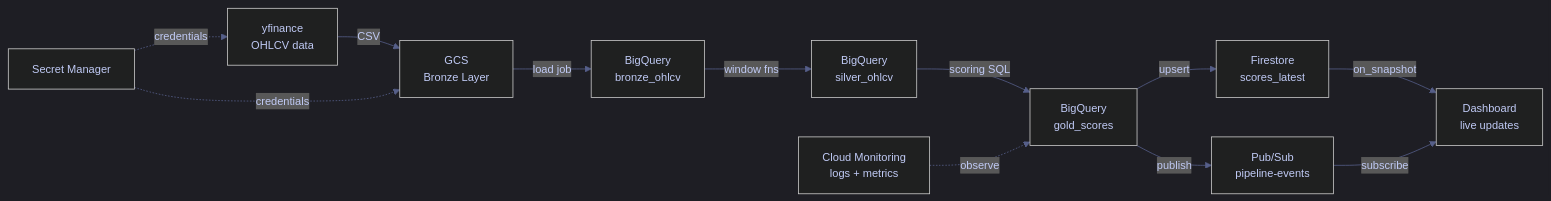
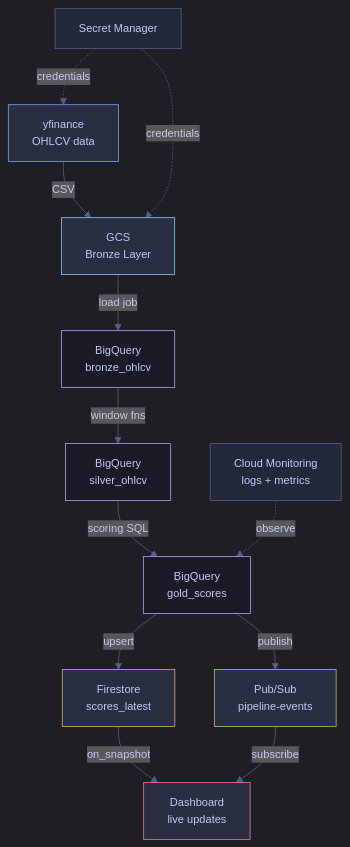
One commit to alp78/elysium changed the diagram in content/02-Programming-Languages/CSharp/17_cs_gcp.md. Above: the diagram before and after it, drawn with Mermaid. The commit also changed 92 other files, not shown here.

````diff
--- a/content/02-Programming-Languages/CSharp/17_cs_gcp.md
+++ b/content/02-Programming-Languages/CSharp/17_cs_gcp.md
@@ -24,26 +24,37 @@
 ```mermaid
 %%{init: {'theme': 'dark', 'themeVariables': {
   'primaryColor': '#292e42',
   'primaryTextColor': '#c0caf5',
   'primaryBorderColor': '#565f89',
   'lineColor': '#565f89',
   'secondaryColor': '#1a1b26',
   'tertiaryColor': '#24283b',
   'noteTextColor': '#c0caf5',
   'noteBkgColor': '#292e42',
   'textColor': '#c0caf5',
   'fontSize': '14px'
 }}}%%
-flowchart LR
-    SRC[yfinance\nOHLCV data] -->|CSV| GCS[GCS\nBronze Layer]
-    GCS -->|load job| BQ_B[BigQuery\nbronze_ohlcv]
-    BQ_B -->|window fns| BQ_S[BigQuery\nsilver_ohlcv]
-    BQ_S -->|scoring SQL| BQ_G[BigQuery\ngold_scores]
-    BQ_G -->|upsert| FS[Firestore\nscores_latest]
-    BQ_G -->|publish| PS[Pub/Sub\npipeline-events]
-    FS -->|on_snapshot| DASH[Dashboard\nlive updates]
+flowchart TD
+    SRC["yfinance<br/>OHLCV data"] -->|CSV| GCS["GCS<br/>Bronze Layer"]
+    GCS -->|load job| BQ_B["BigQuery<br/>bronze_ohlcv"]
+    BQ_B -->|window fns| BQ_S["BigQuery<br/>silver_ohlcv"]
+    BQ_S -->|scoring SQL| BQ_G["BigQuery<br/>gold_scores"]
+    BQ_G -->|upsert| FS["Firestore<br/>scores_latest"]
+    BQ_G -->|publish| PS["Pub/Sub<br/>pipeline-events"]
+    FS -->|on_snapshot| DASH["Dashboard<br/>live updates"]
     PS -->|subscribe| DASH
-    SM[Secret Manager] -.->|credentials| SRC
+    SM["Secret Manager"] -.->|credentials| SRC
     SM -.->|credentials| GCS
-    MON[Cloud Monitoring\nlogs + metrics] -.->|observe| BQ_G
+    MON["Cloud Monitoring<br/>logs + metrics"] -.->|observe| BQ_G
+
+    style SRC fill:#292e42,stroke:#7aa2f7,color:#c0caf5
+    style GCS fill:#292e42,stroke:#7dcfff,color:#c0caf5
+    style BQ_B fill:#1a1b26,stroke:#bb9af7,color:#c0caf5
+    style BQ_S fill:#1a1b26,stroke:#bb9af7,color:#c0caf5
+    style BQ_G fill:#1a1b26,stroke:#bb9af7,color:#c0caf5
+    style FS fill:#292e42,stroke:#e0af68,color:#c0caf5
+    style PS fill:#292e42,stroke:#9ece6a,color:#c0caf5
+    style DASH fill:#292e42,stroke:#f7768e,color:#c0caf5
+    style SM fill:#24283b,stroke:#565f89,color:#c0caf5
+    style MON fill:#24283b,stroke:#565f89,color:#c0caf5
 ```
````
